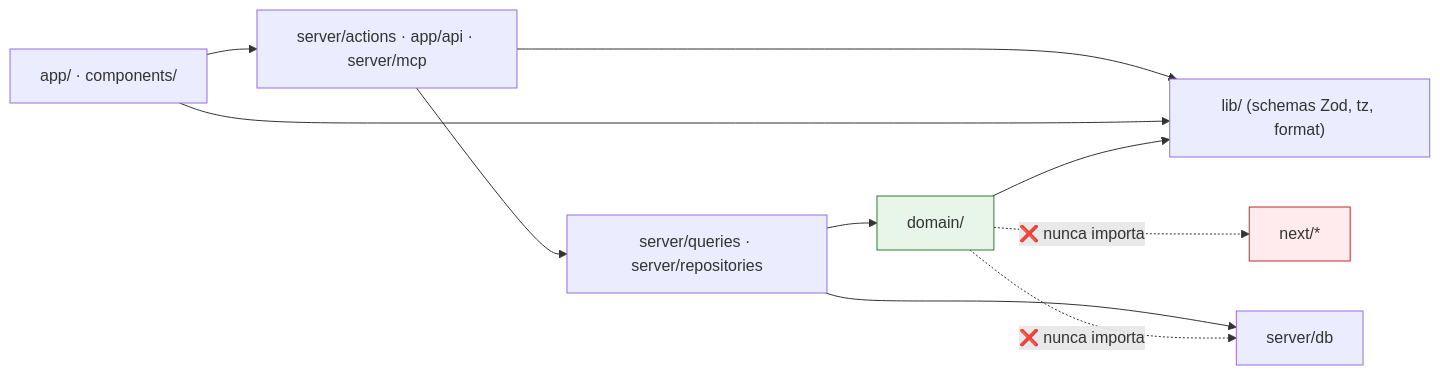
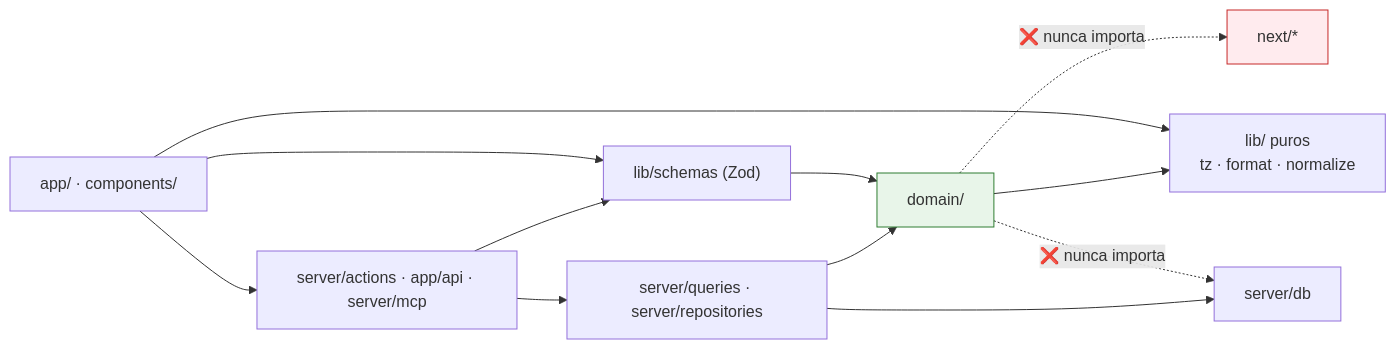
Before and after one commit to rkenjiak/concurso: the third of 24 diagrams in docs/GUIA-ARQUITETURA.md, drawn with Mermaid. The commit also changed other lines of this file and 4 other files, not shown here.

````diff
--- a/docs/GUIA-ARQUITETURA.md
+++ b/docs/GUIA-ARQUITETURA.md
@@ -160,16 +160,18 @@
 ```mermaid
 flowchart LR
   UI["app/ · components/"] --> ACT["server/actions · app/api · server/mcp"]
   ACT --> DATA["server/queries · server/repositories"]
   DATA --> DOM["domain/"]
-  ACT --> LIB["lib/ (schemas Zod, tz, format)"]
+  ACT --> SCH["lib/schemas (Zod)"]
+  UI --> SCH
+  SCH --> DOM
+  DOM --> LIB["lib/ puros<br/>tz · format · normalize"]
   UI --> LIB
-  DOM --> LIB
   DATA --> DB["server/db"]
 
   DOM -. "❌ nunca importa" .-> NEXT["next/*"]
   DOM -. "❌ nunca importa" .-> DB
 
   style DOM fill:#e8f5e9,stroke:#2e7d32
   style NEXT fill:#ffebee,stroke:#c62828
 ```
````
